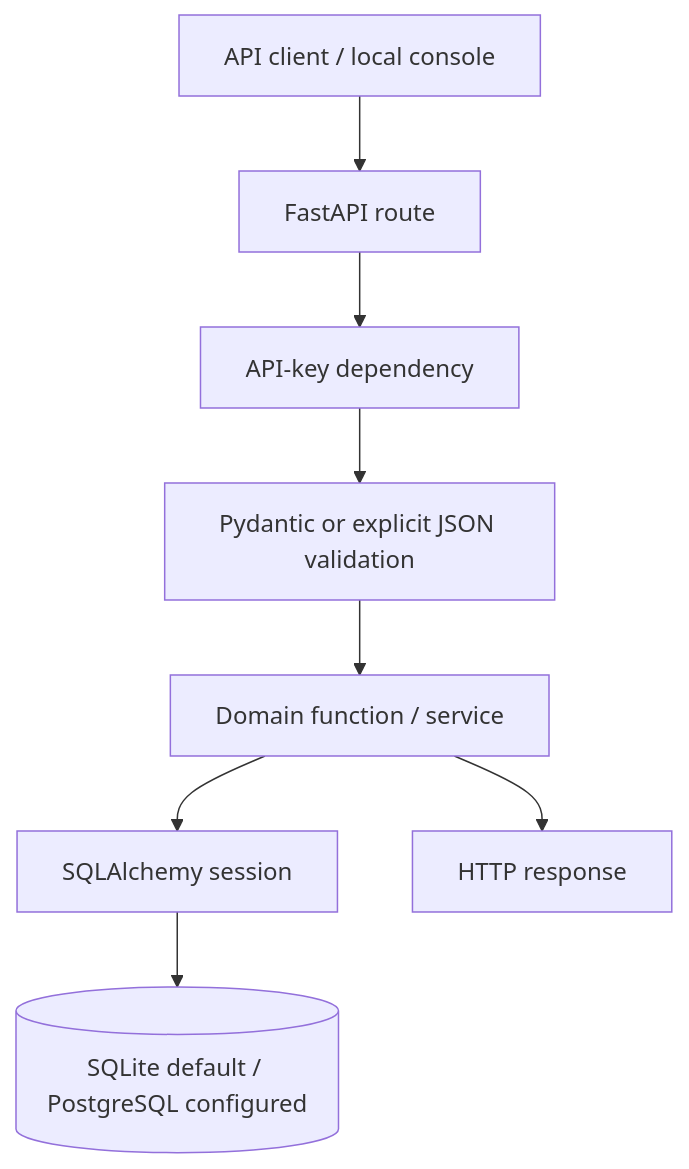
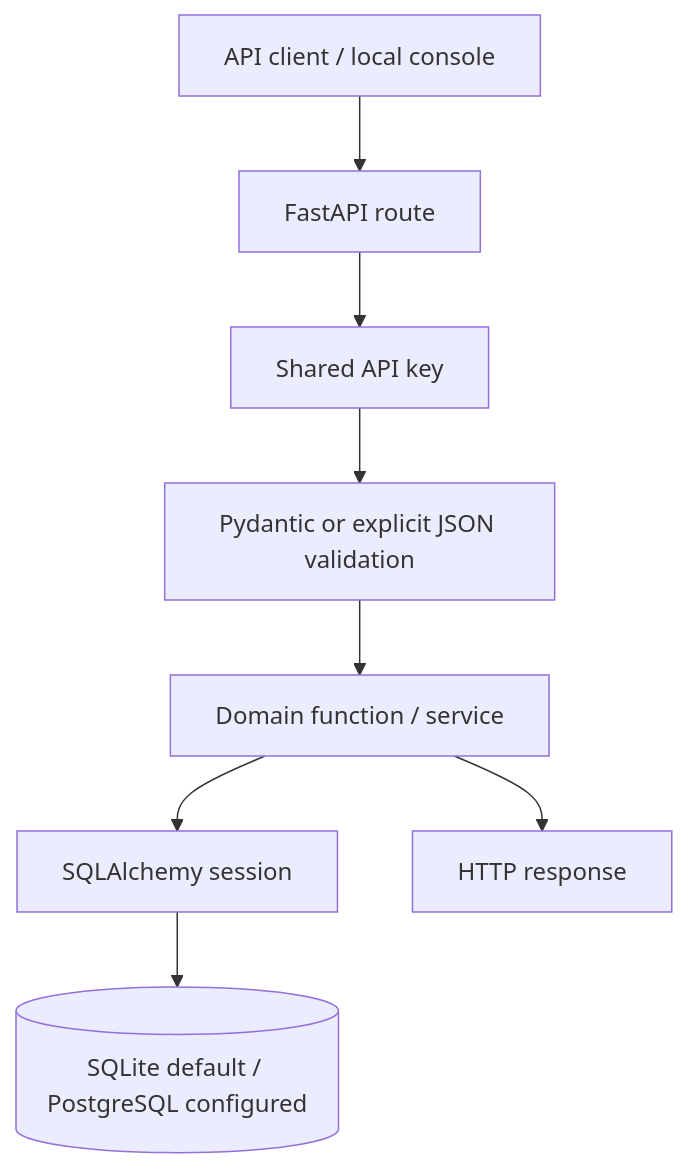
Before and after one commit to silvatechf/DeviceTrust: the first of 2 diagrams in docs/architecture.md, drawn with Mermaid. The commit also changed other lines of this file, not shown here.

Commit message:
docs: align docs/architecture.md with delivered KEV EPSS and OSV behavior

````diff
--- a/docs/architecture.md
+++ b/docs/architecture.md
@@ -11,10 +11,10 @@
 ```mermaid
 flowchart TD
     CLIENT[API client / local console] --> API[FastAPI route]
-    API --> AUTH[API-key dependency]
+    API --> AUTH[Shared API key]
     AUTH --> VALIDATE[Pydantic or explicit JSON validation]
     VALIDATE --> SERVICE[Domain function / service]
     SERVICE --> ORM[SQLAlchemy session]
     ORM --> DB[(SQLite default / PostgreSQL configured)]
     SERVICE --> RESPONSE[HTTP response]
 ```
````
